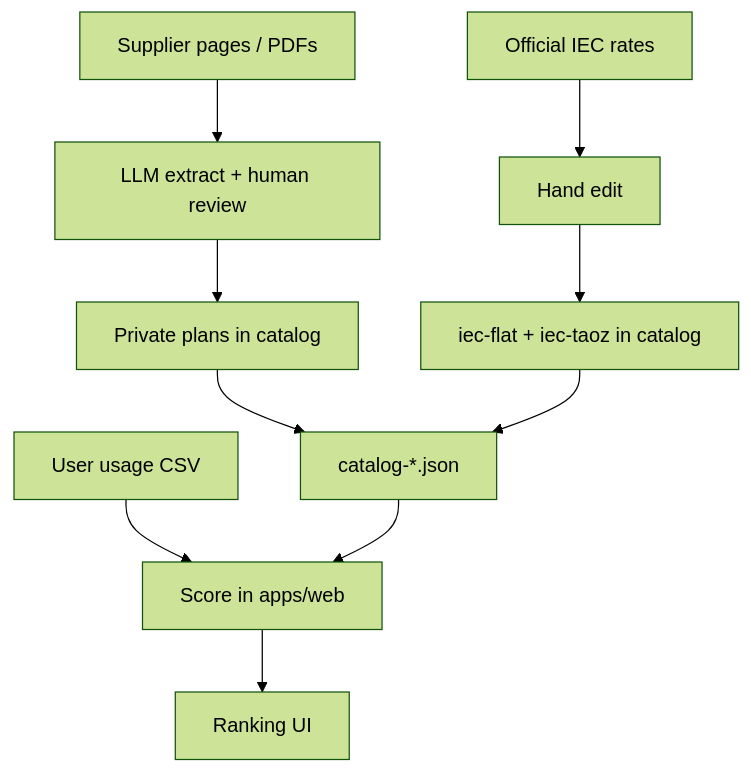
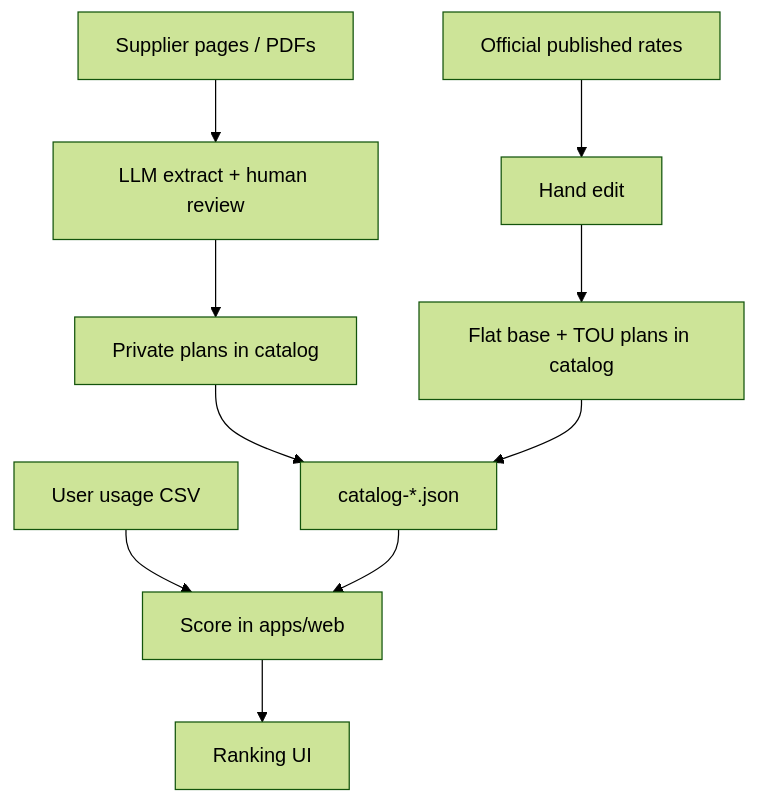
The second of 2 diagrams in docs/ARCHITECTURE.md (mpaltsev/OptiVolt), drawn with Mermaid (forest theme) before and after one commit. The commit also changed other lines of this file and 23 other files, not shown here.

````diff
--- a/docs/ARCHITECTURE.md
+++ b/docs/ARCHITECTURE.md
@@ -69,12 +71,12 @@
 ```mermaid
 flowchart TB
   PDFs[Supplier pages / PDFs] --> LLM[LLM extract + human review]
   LLM --> Private[Private plans in catalog]
-  Official[Official IEC rates] --> Hand[Hand edit]
-  Hand --> IECPlans[iec-flat + iec-taoz in catalog]
+  Official[Official published rates] --> Hand[Hand edit]
+  Hand --> OfficialPlans[Flat base + TOU plans in catalog]
   Private --> Catalog[catalog-*.json]
-  IECPlans --> Catalog
+  OfficialPlans --> Catalog
   CSV[User usage CSV] --> Score[Score in apps/web]
   Catalog --> Score
   Score --> UI[Ranking UI]
 ```
````
